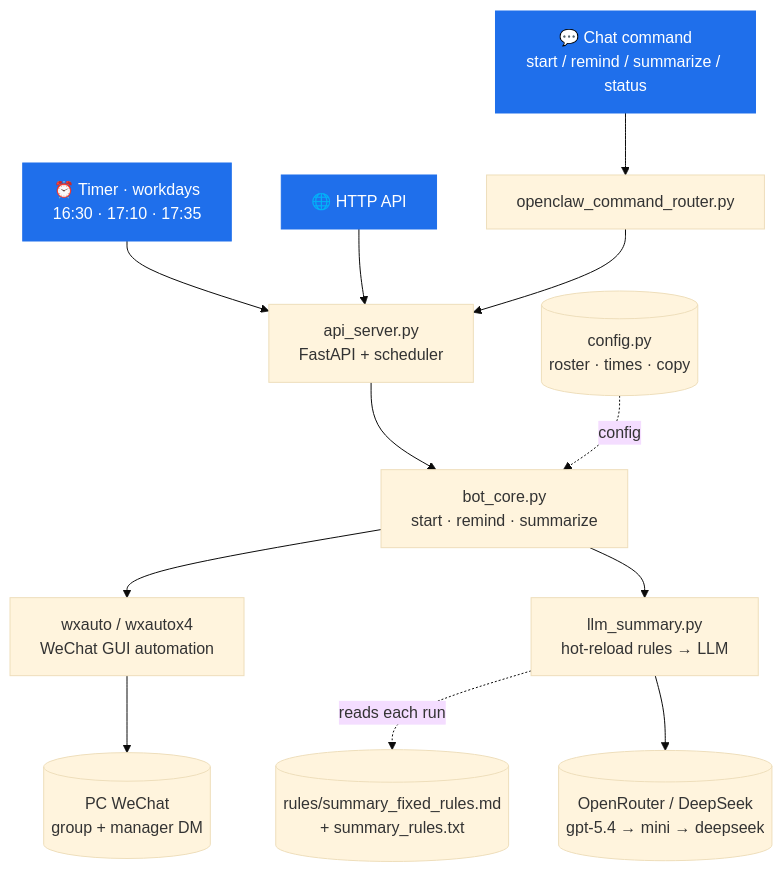
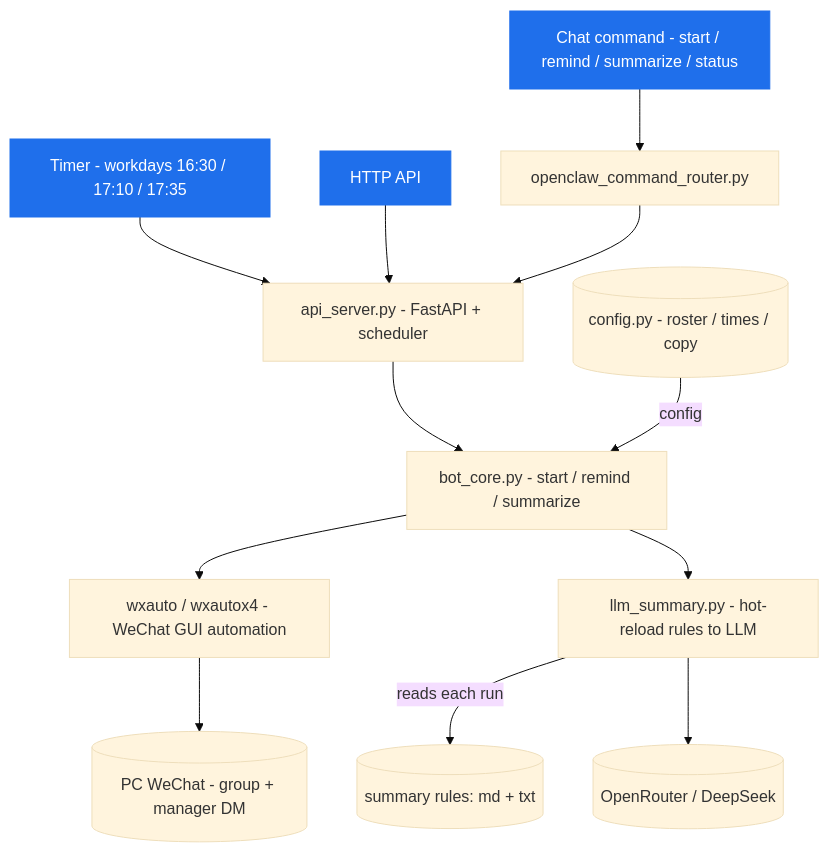
Before and after one commit to perrycan/wechat-daily-report-bot: the first of 2 diagrams in README.md, drawn with Mermaid (base theme). The commit also changed other lines of this file and 1 other file, not shown here.

Commit message:
docs: simplify Mermaid diagrams to plain ASCII so GitHub renders them

````diff
--- a/README.md
+++ b/README.md
@@ -50,18 +50,28 @@
 ```mermaid
 flowchart TD
-    T1["⏰ Timer · workdays<br/>16:30 · 17:10 · 17:35"]:::trig
-    T2["💬 Chat command<br/>start / remind / summarize / status"]:::trig
-    T3["🌐 HTTP API"]:::trig
-    T2 --> R["openclaw_command_router.py"]
-    T1 --> A["api_server.py<br/>FastAPI + scheduler"]
+    T1["Timer - workdays 16:30 / 17:10 / 17:35"]
+    T2["Chat command - start / remind / summarize / status"]
+    T3["HTTP API"]
+    R["openclaw_command_router.py"]
+    A["api_server.py - FastAPI + scheduler"]
+    C["bot_core.py - start / remind / summarize"]
+    W["wxauto / wxautox4 - WeChat GUI automation"]
+    M["llm_summary.py - hot-reload rules to LLM"]
+    RULES[("summary rules: md + txt")]
+    LLM[("OpenRouter / DeepSeek")]
+    WX[("PC WeChat - group + manager DM")]
+    CFG[("config.py - roster / times / copy")]
+    T1 --> A
+    T2 --> R
     T3 --> A
     R --> A
-    A --> C["bot_core.py<br/>start · remind · summarize"]
-    C --> W["wxauto / wxautox4<br/>WeChat GUI automation"]
-    C --> M["llm_summary.py<br/>hot-reload rules → LLM"]
-    M -. reads each run .-> RULES[("rules/summary_fixed_rules.md<br/>+ summary_rules.txt")]
-    M --> LLM[("OpenRouter / DeepSeek<br/>gpt-5.4 → mini → deepseek")]
-    W --> WX[("PC WeChat<br/>group + manager DM")]
-    CFG[("config.py<br/>roster · times · copy")] -. config .-> C
-    classDef trig fill:#1f6feb,color:#fff,stroke:#1f6feb;
+    A --> C
+    C --> W
+    C --> M
+    M -->|reads each run| RULES
+    M --> LLM
+    W --> WX
+    CFG -->|config| C
+    classDef trig fill:#1f6feb,color:#ffffff,stroke:#1f6feb;
+    class T1,T2,T3 trig;
 ```
````
